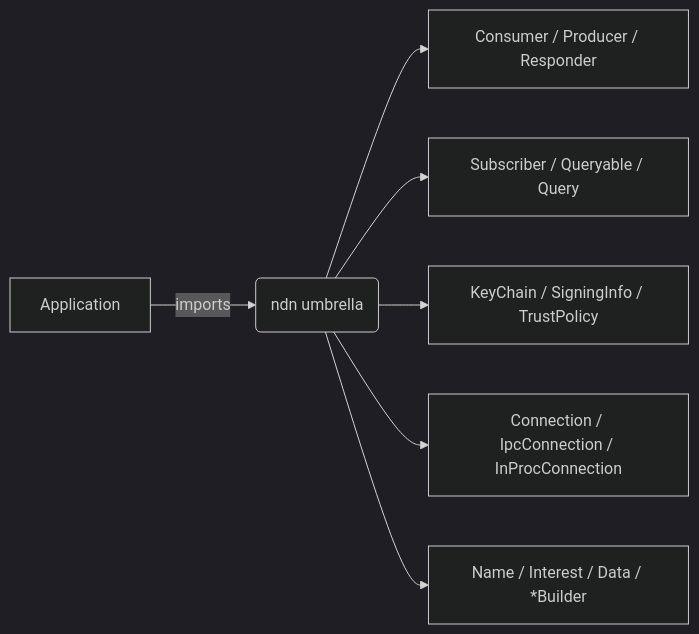
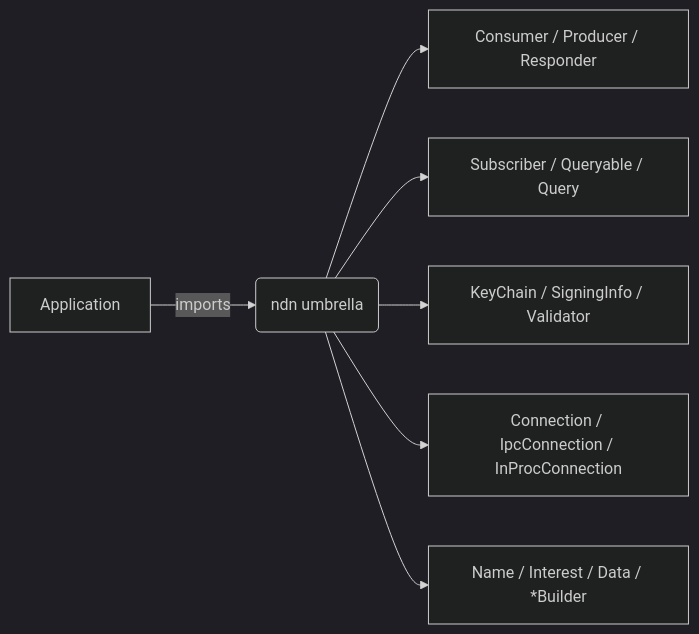
Before and after one commit to Quarmire/ndn-rs: the diagram in docs/wiki/src/api/develop.md, drawn with Mermaid (dark theme). The commit also changed other lines of this file and 109 other files, not shown here.

````diff
--- a/docs/wiki/src/api/develop.md
+++ b/docs/wiki/src/api/develop.md
@@ -28,9 +28,9 @@
 ```mermaid
 graph LR
     A[Application] -->|imports| U(ndn umbrella)
     U --> P[Consumer / Producer / Responder]
     U --> S[Subscriber / Queryable / Query]
-    U --> K[KeyChain / SigningInfo / TrustPolicy]
+    U --> K[KeyChain / SigningInfo / Validator]
     U --> T[Connection / IpcConnection / InProcConnection]
     U --> X[Name / Interest / Data / *Builder]
 ```
````
